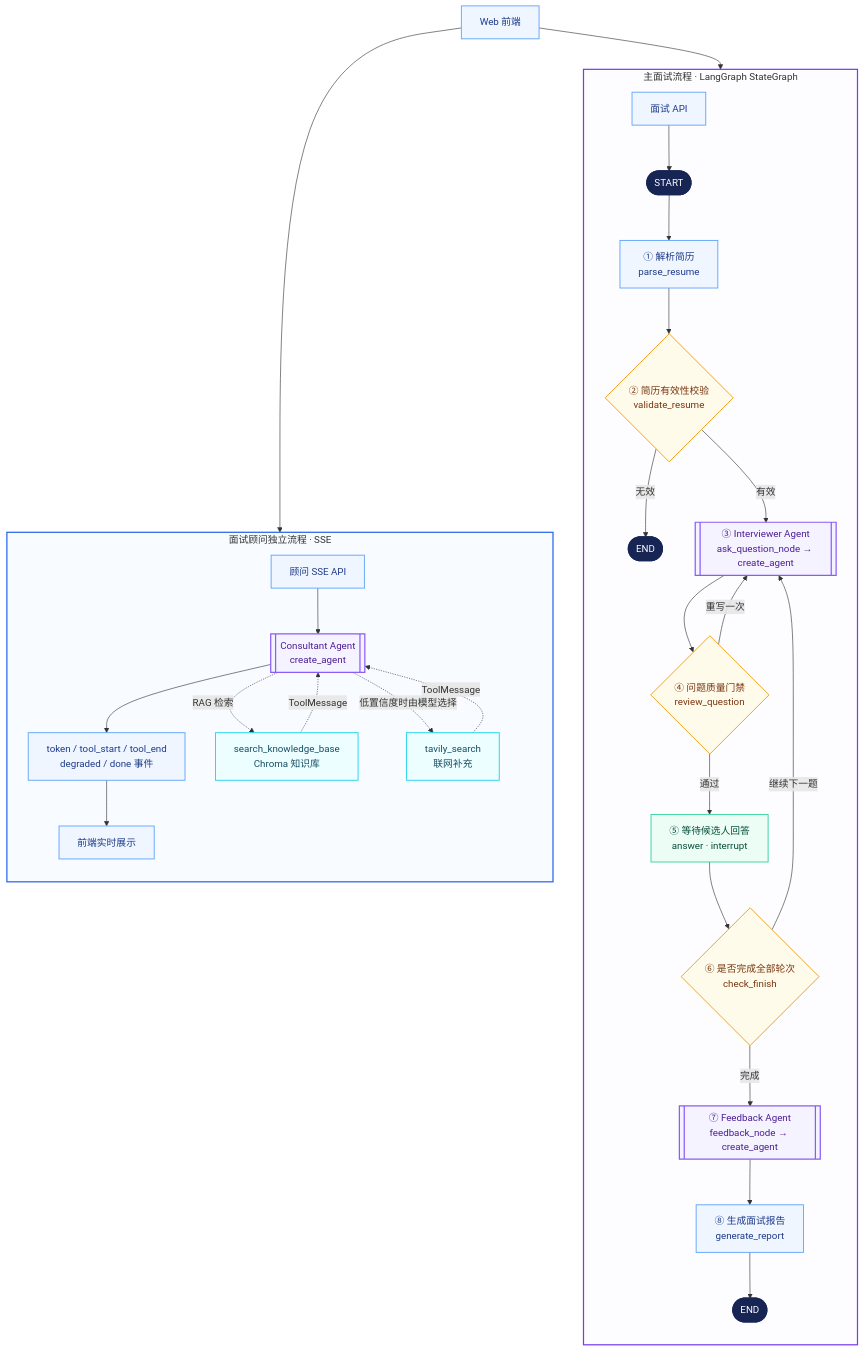
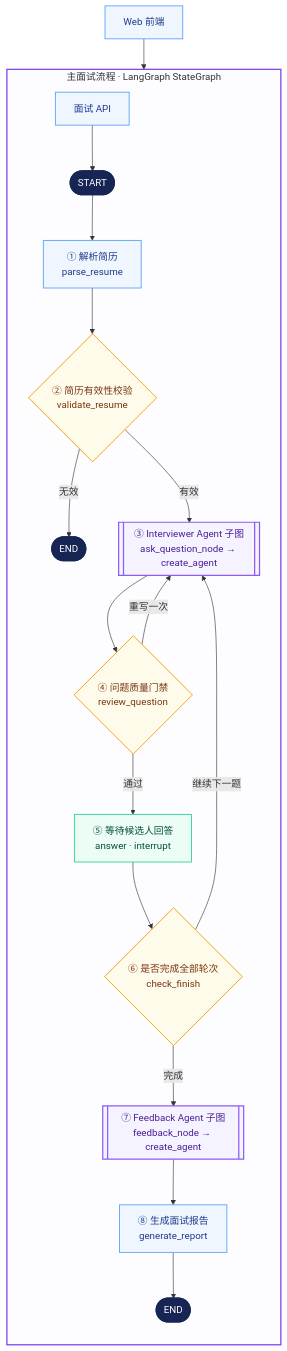
The first of 4 diagrams in README.md (Lucky-LMC/AI-Interview), drawn with Mermaid before and after one commit. The commit also changed other lines of this file, not shown here.

Commit message:
docs: split agent architecture diagrams by implementation

````diff
--- a/README.md
+++ b/README.md
@@ -24,50 +24,35 @@
 ```mermaid
 flowchart TB
     web["Web 前端"] --> interview_api["面试 API"]
-    web --> consultant_api["顾问 SSE API"]
 
     subgraph interview_flow["主面试流程 · LangGraph StateGraph"]
         direction TB
         interview_api --> start([START])
         start --> parse["① 解析简历<br/>parse_resume"]
         parse --> validate{"② 简历有效性校验<br/>validate_resume"}
         validate -- 无效 --> invalid_end([END])
-        validate -- 有效 --> interviewer[["③ Interviewer Agent<br/>ask_question_node → create_agent"]]
+        validate -- 有效 --> interviewer[["③ Interviewer Agent 子图<br/>ask_question_node → create_agent"]]
         interviewer --> review{"④ 问题质量门禁<br/>review_question"}
         review -- 重写一次 --> interviewer
         review -- 通过 --> answer["⑤ 等待候选人回答<br/>answer · interrupt"]
         answer --> finish{"⑥ 是否完成全部轮次<br/>check_finish"}
         finish -- 继续下一题 --> interviewer
-        finish -- 完成 --> feedback[["⑦ Feedback Agent<br/>feedback_node → create_agent"]]
+        finish -- 完成 --> feedback[["⑦ Feedback Agent 子图<br/>feedback_node → create_agent"]]
         feedback --> report["⑧ 生成面试报告<br/>generate_report"]
         report --> done([END])
-    end
-
-    subgraph consultant_flow["面试顾问独立流程 · SSE"]
-        direction TB
-        consultant_api --> consultant[["Consultant Agent<br/>create_agent"]]
-        consultant --> events["token / tool_start / tool_end<br/>degraded / done 事件"]
-        events --> browser["前端实时展示"]
-        consultant -. RAG 检索 .-> knowledge["search_knowledge_base<br/>Chroma 知识库"]
-        consultant -. 低置信度时由模型选择 .-> web_search["tavily_search<br/>联网补充"]
-        knowledge -. ToolMessage .-> consultant
-        web_search -. ToolMessage .-> consultant
     end
 
     classDef terminal fill:#172554,color:#ffffff,stroke:#172554,stroke-width:2px;
     classDef process fill:#eff6ff,color:#1e3a8a,stroke:#60a5fa,stroke-width:1.5px;
     classDef decision fill:#fffbeb,color:#78350f,stroke:#f59e0b,stroke-width:1.5px;
     classDef agent fill:#f5f3ff,color:#4c1d95,stroke:#8b5cf6,stroke-width:2px;
-    classDef tool fill:#ecfeff,color:#164e63,stroke:#22d3ee,stroke-width:1.5px;
     classDef human fill:#ecfdf5,color:#064e3b,stroke:#34d399,stroke-width:1.5px;
 
     class start,invalid_end,done terminal;
-    class web,interview_api,consultant_api,parse,report,events,browser process;
+    class web,interview_api,parse,report process;
     class validate,review,finish decision;
-    class interviewer,feedback,consultant agent;
-    class knowledge,web_search tool;
+    class interviewer,feedback agent;
     class answer human;
 
     style interview_flow fill:#fdfcff,stroke:#7c3aed,stroke-width:2px;
-    style consultant_flow fill:#f8fbff,stroke:#2563eb,stroke-width:2px;
 ```
````
